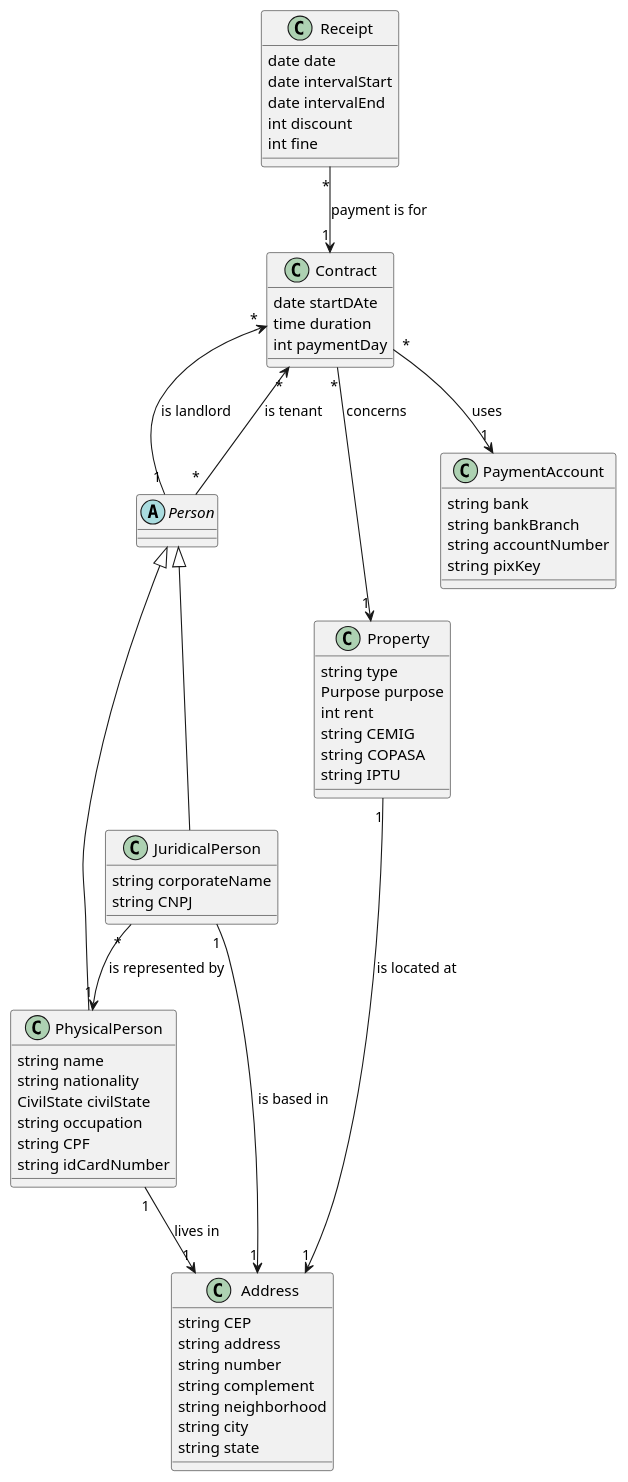
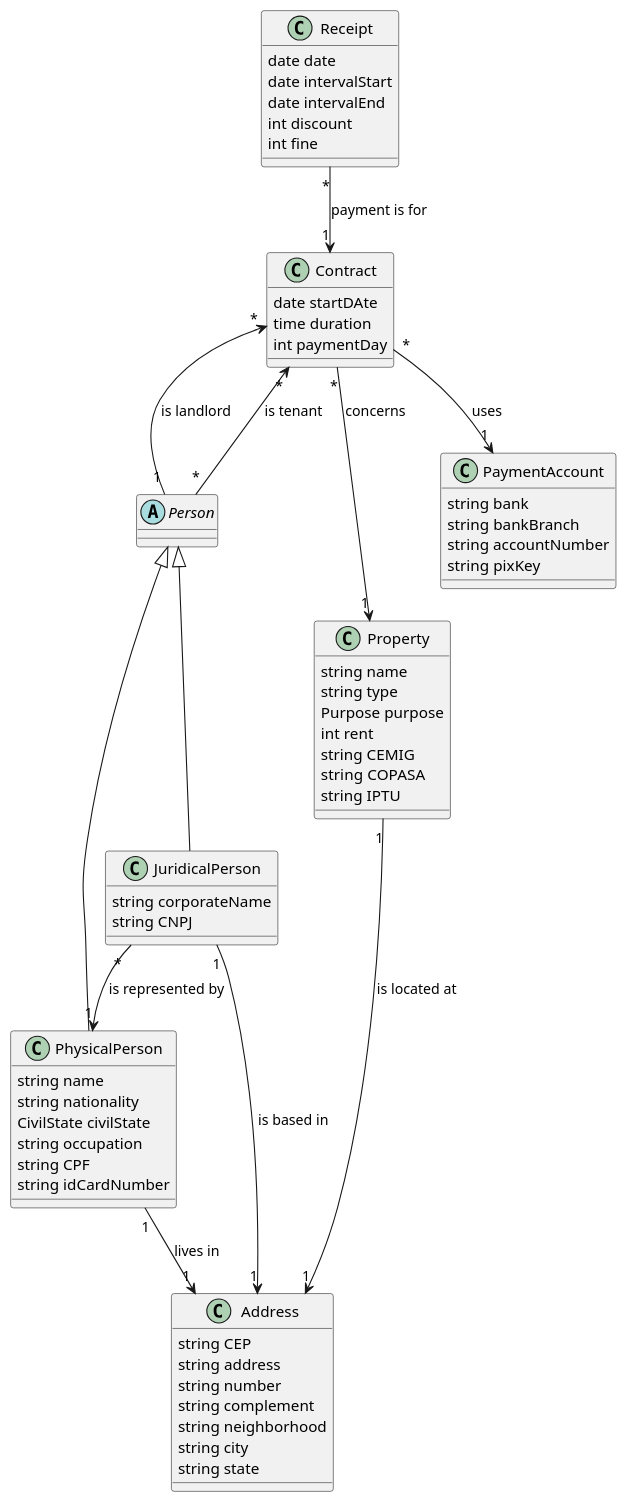
The diagram in CLAUDE.md (guilhermenovais/e-mobiliaria), drawn with PlantUML before and after one commit. The commit also changed 12 other files, not shown here.

````diff
--- a/CLAUDE.md
+++ b/CLAUDE.md
@@ -51,77 +51,78 @@
 ```plantuml
 @startuml main
 
 abstract class Person
 
 class PhysicalPerson {
 string name
 string nationality
 CivilState civilState /' SINGLE, MARRIED, DIVORCED, WIDOWER '/
 string occupation
 string CPF
 string idCardNumber
 }
 
 class JuridicalPerson {
 string corporateName
 string CNPJ
 }
 
 Person <|-- PhysicalPerson
 Person <|-- JuridicalPerson
 
 class Address {
 string CEP
 string address
 string number
 string complement
 string neighborhood
 string city
 string state
 }
 
 JuridicalPerson "*" --> "1" PhysicalPerson : is represented by
 JuridicalPerson "1" --> "1" Address : is based in
 PhysicalPerson "1" --> "1" Address : lives in
 
 class Property {
+string name
 string type
 Purpose purpose /' RESIDENTIAL, COMMERCIAL '/
 int rent
 string CEMIG
 string COPASA
 string IPTU
 }
 
 Property "1" --> "1" Address : is located at
 
 class PaymentAccount {
 string bank
 string bankBranch
 string accountNumber
 string pixKey
 }
 
 class Contract {
 date startDAte
 time duration
 int paymentDay
 }
 
 Contract "*" <-- "1" Person : is landlord
 Contract "*" <-- "*" Person : is tenant
 Contract "*" --> "1" PaymentAccount : uses
 Contract "*" --> "1" Property : concerns
 
 class Receipt {
 date date
 date intervalStart
 date intervalEnd
 int discount
 int fine
 }
 
 Receipt "*" --> "1" Contract : payment is for
 
 @enduml
 ```
````
